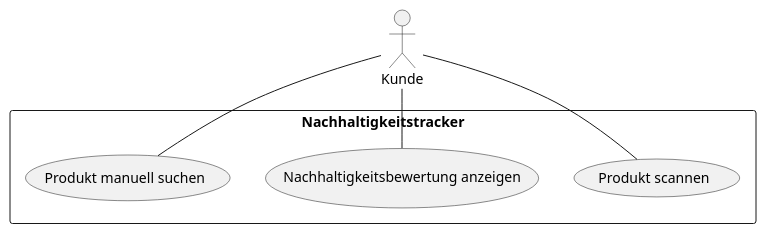
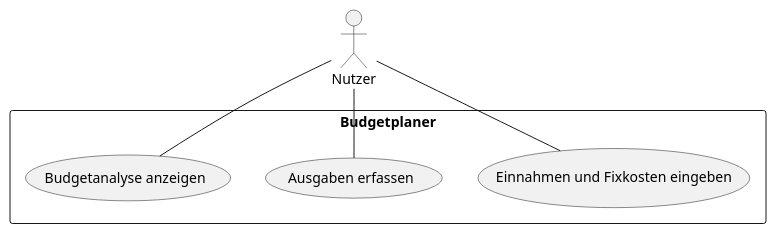
Before and after one commit to 2425-3ahif-syp/02-projekte-budgetplaner: the second of 2 diagrams in slides/index.adoc, drawn with PlantUML.

```diff
--- a/slides/index.adoc
+++ b/slides/index.adoc
@@ -58,17 +58,16 @@
 [plantuml]
 ----
 @startuml
-actor Kunde
+actor Nutzer
 
-rectangle "Nachhaltigkeitstracker" {
-  usecase "Produkt scannen" as UC1
-  usecase "Nachhaltigkeitsbewertung anzeigen" as UC2
-  usecase "Produkt manuell suchen" as UC3
+rectangle "Budgetplaner" {
+usecase "Einnahmen und Fixkosten eingeben" as UC1
+usecase "Ausgaben erfassen" as UC2
+usecase "Budgetanalyse anzeigen" as UC3
 }
 
-Kunde -- UC1
-Kunde -- UC2
-Kunde -- UC3
-
+Nutzer -- UC1
+Nutzer -- UC2
+Nutzer -- UC3
 @enduml
 ----
```
